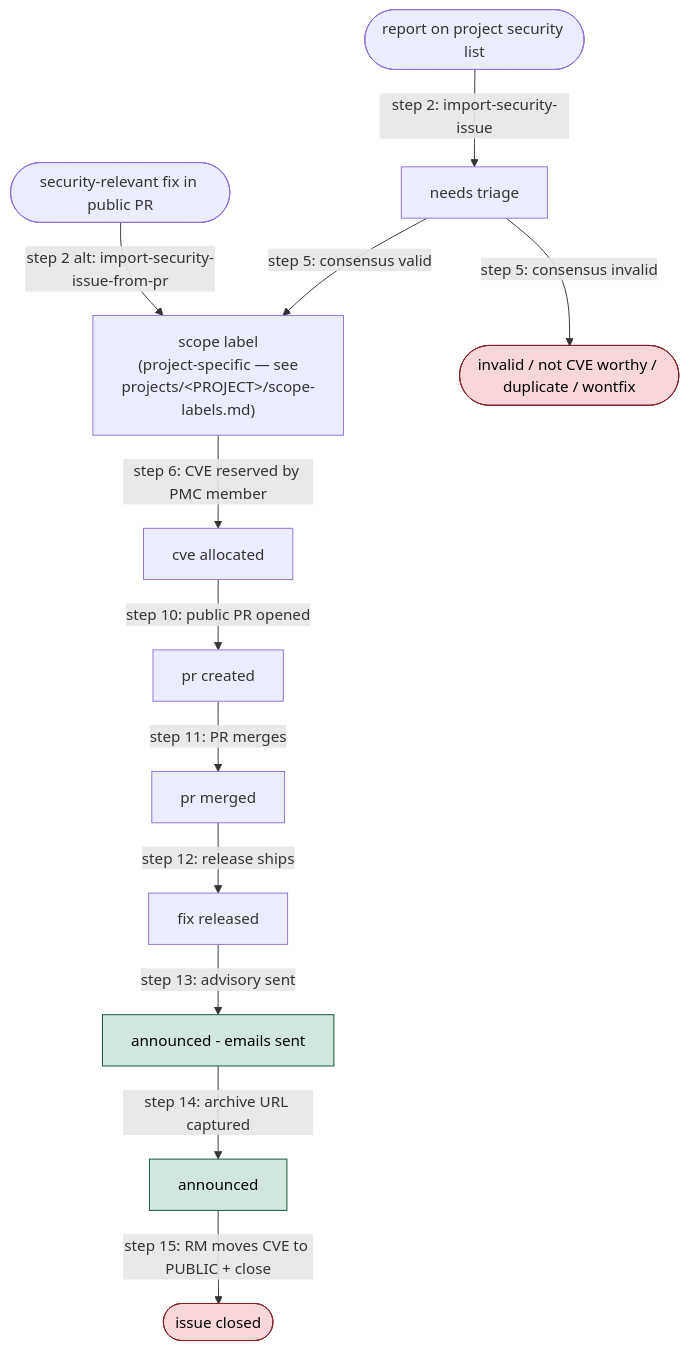
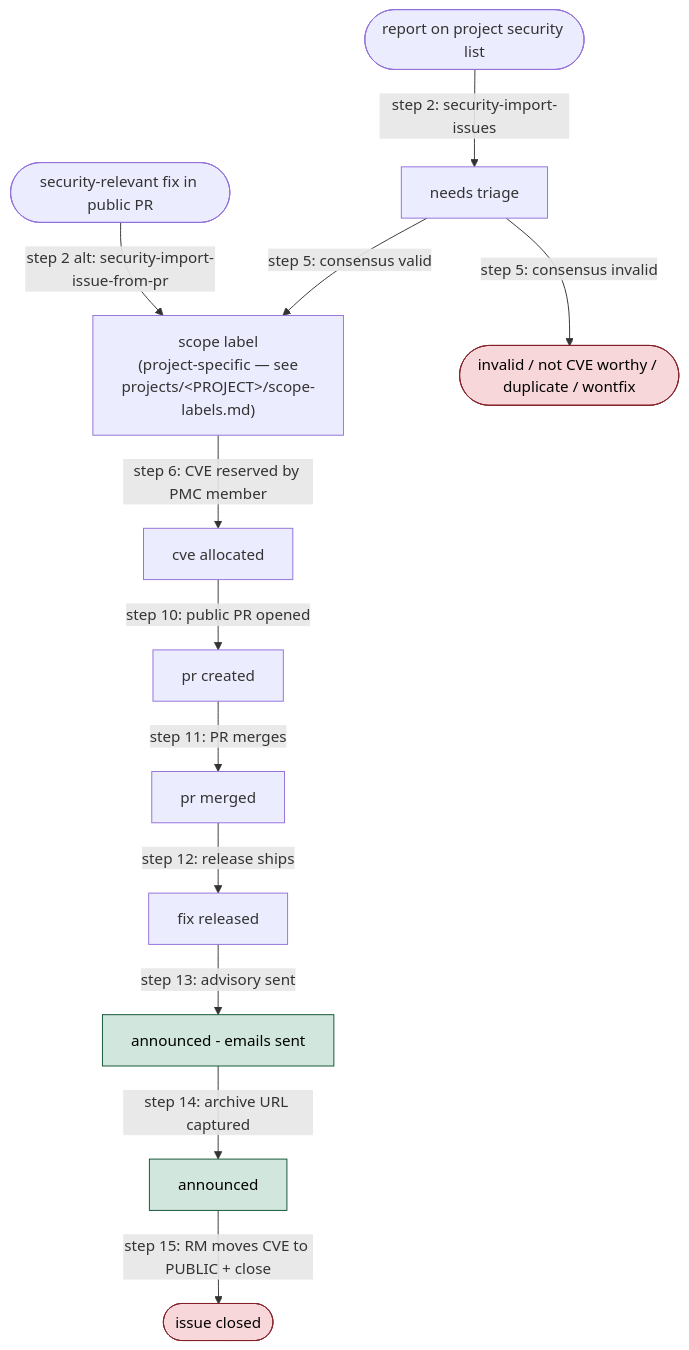
The diagram in README.md (apache/airflow-steward), drawn with Mermaid before and after one commit. The commit also changed other lines of this file and 45 other files, not shown here.

````diff
--- a/README.md
+++ b/README.md
@@ -1047,19 +1047,19 @@
 ```mermaid
 flowchart TD
-    A([report on project security list]) -->|step 2: import-security-issue| B[needs triage]
-    A2([security-relevant fix in public PR]) -->|step 2 alt: import-security-issue-from-pr| C
+    A([report on project security list]) -->|step 2: security-import-issues| B[needs triage]
+    A2([security-relevant fix in public PR]) -->|step 2 alt: security-import-issue-from-pr| C
     B -->|step 5: consensus invalid| X1([invalid / not CVE worthy / duplicate / wontfix])
     B -->|step 5: consensus valid| C["scope label<br/>(project-specific — see<br/>projects/&lt;PROJECT&gt;/scope-labels.md)"]
     C -->|step 6: CVE reserved by PMC member| D[cve allocated]
     D -->|step 10: public PR opened| E[pr created]
     E -->|step 11: PR merges| F[pr merged]
     F -->|step 12: release ships| G[fix released]
     G -->|step 13: advisory sent| H[announced - emails sent]
     H -->|step 14: archive URL captured| J[announced]
     J -->|step 15: RM moves CVE to PUBLIC + close| Z([issue closed])
 
     classDef closed fill:#f8d7da,stroke:#842029,color:#000;
     classDef done fill:#d1e7dd,stroke:#0f5132,color:#000;
     class X1,Z closed;
     class H,J done;
 ```
````
